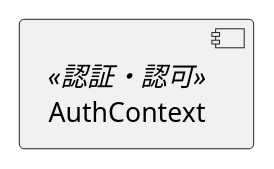
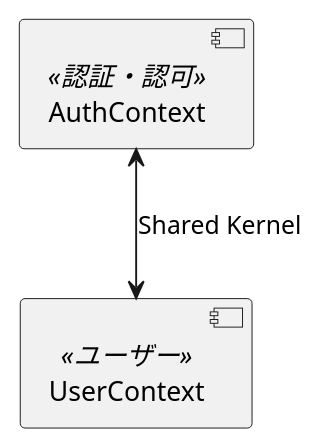
Before and after one commit to k2works/application_programing_excercise_2022: diagram 39 of 44 in docs/index.adoc, drawn with PlantUML. The commit also changed other lines of this file, not shown here.

```diff
--- a/docs/index.adoc
+++ b/docs/index.adoc
@@ -1242,7 +1248,9 @@
 [plantuml]
 ----
 skinparam componentStyle uml2
 
 component [AuthContext] <<認証・認可>>
+component [UserContext] <<ユーザー>>
 
+[AuthContext]<-->[UserContext] : Shared Kernel
 ----
```
